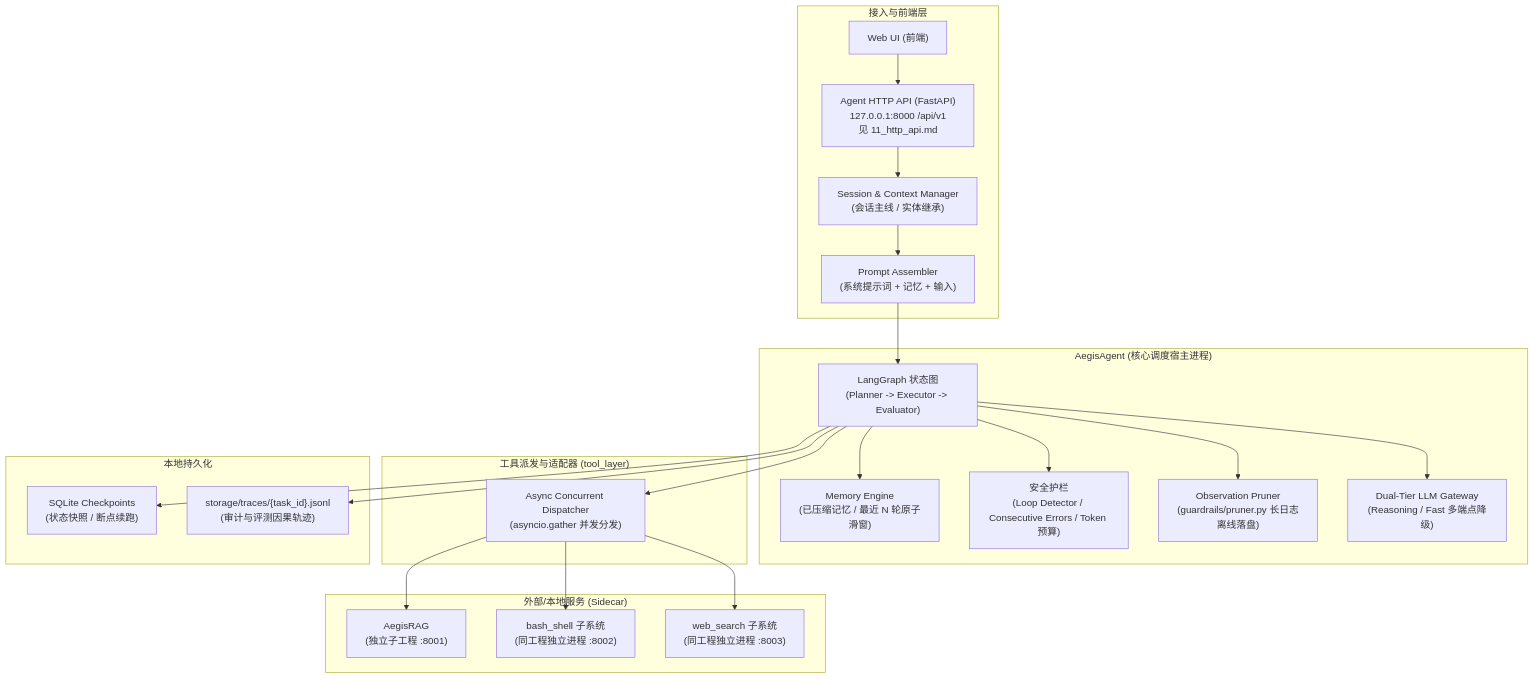
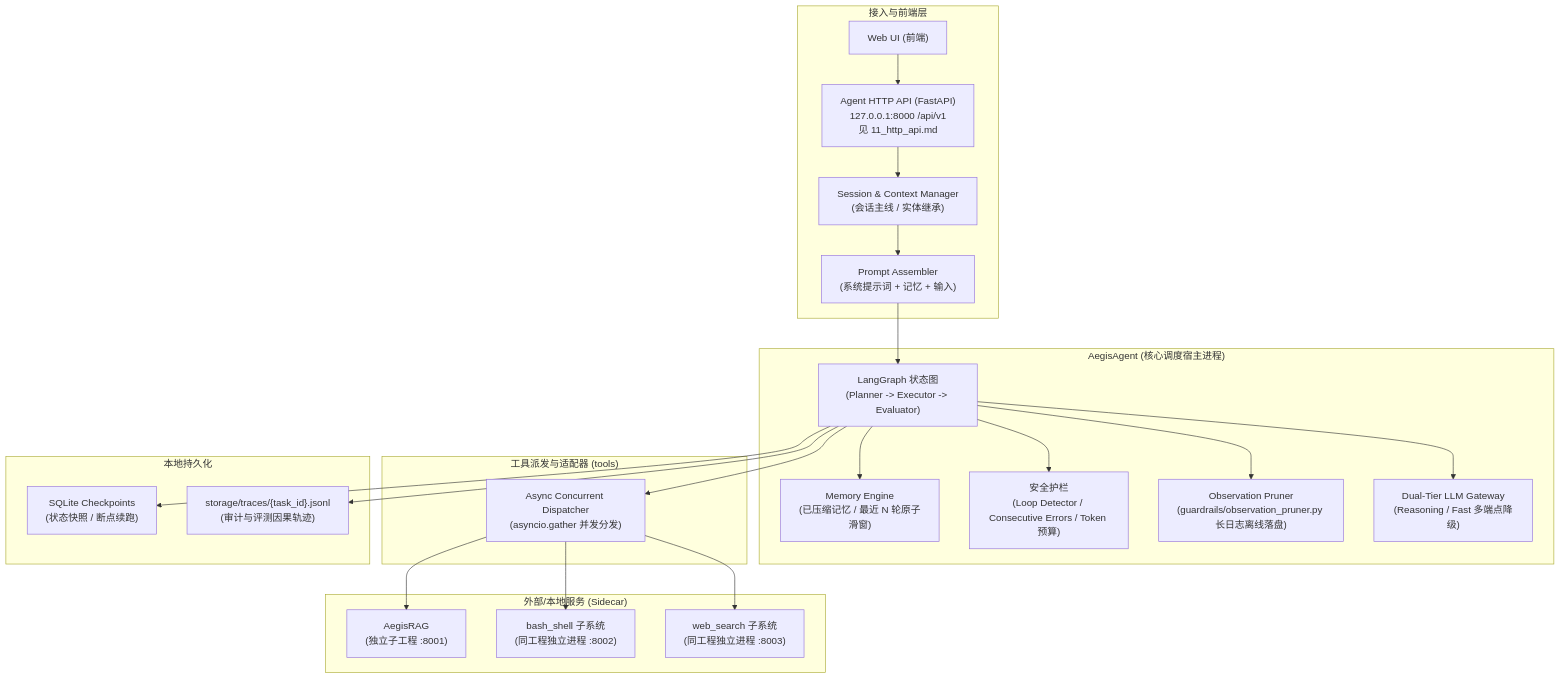
The diagram in documents/agent_runtime/01_architecture_overview.md (MakinoharaShokosans/Aegis), drawn with Mermaid before and after one commit. The commit also changed other lines of this file and 124 other files, not shown here.

````diff
--- a/documents/agent_runtime/01_architecture_overview.md
+++ b/documents/agent_runtime/01_architecture_overview.md
@@ -18,47 +18,47 @@
 ```mermaid
 graph TB
     subgraph Client["接入与前端层"]
         FE["Web UI (前端)"]
         API["Agent HTTP API (FastAPI)<br/>127.0.0.1:8000 /api/v1<br/>见 11_http_api.md"]
         SM["Session & Context Manager<br/>(会话主线 / 实体继承)"]
         CP["Prompt Assembler<br/>(系统提示词 + 记忆 + 输入)"]
     end
 
     subgraph AegisAgent["AegisAgent (核心调度宿主进程)"]
         G["LangGraph 状态图<br/>(Planner -> Executor -> Evaluator)"]
         M["Memory Engine<br/>(已压缩记忆 / 最近 N 轮原子滑窗)"]
         GD["安全护栏<br/>(Loop Detector / Consecutive Errors / Token 预算)"]
-        PR["Observation Pruner<br/>(guardrails/pruner.py 长日志离线落盘)"]
+        PR["Observation Pruner<br/>(guardrails/observation_pruner.py 长日志离线落盘)"]
         LLM["Dual-Tier LLM Gateway<br/>(Reasoning / Fast 多端点降级)"]
     end
 
-    subgraph ToolLayer["工具派发与适配器 (tool_layer)"]
+    subgraph ToolDispatch["工具派发与适配器 (tools)"]
         TC["Async Concurrent Dispatcher<br/>(asyncio.gather 并发分发)"]
     end
 
     subgraph Services["外部/本地服务 (Sidecar)"]
         RAG["AegisRAG<br/>(独立子工程 :8001)"]
         BASH["bash_shell 子系统<br/>(同工程独立进程 :8002)"]
         WEB["web_search 子系统<br/>(同工程独立进程 :8003)"]
     end
 
     subgraph Storage["本地持久化"]
         CK["SQLite Checkpoints<br/>(状态快照 / 断点续跑)"]
         TR["storage/traces/{task_id}.jsonl<br/>(审计与评测因果轨迹)"]
     end
 
     FE --> API
     API --> SM
     SM --> CP
     CP --> G
     G --> M
     G --> GD
     G --> LLM
     G --> TC
     G --> PR
     TC --> RAG
     TC --> BASH
     TC --> WEB
     G --> CK
     G --> TR
 ```
````
